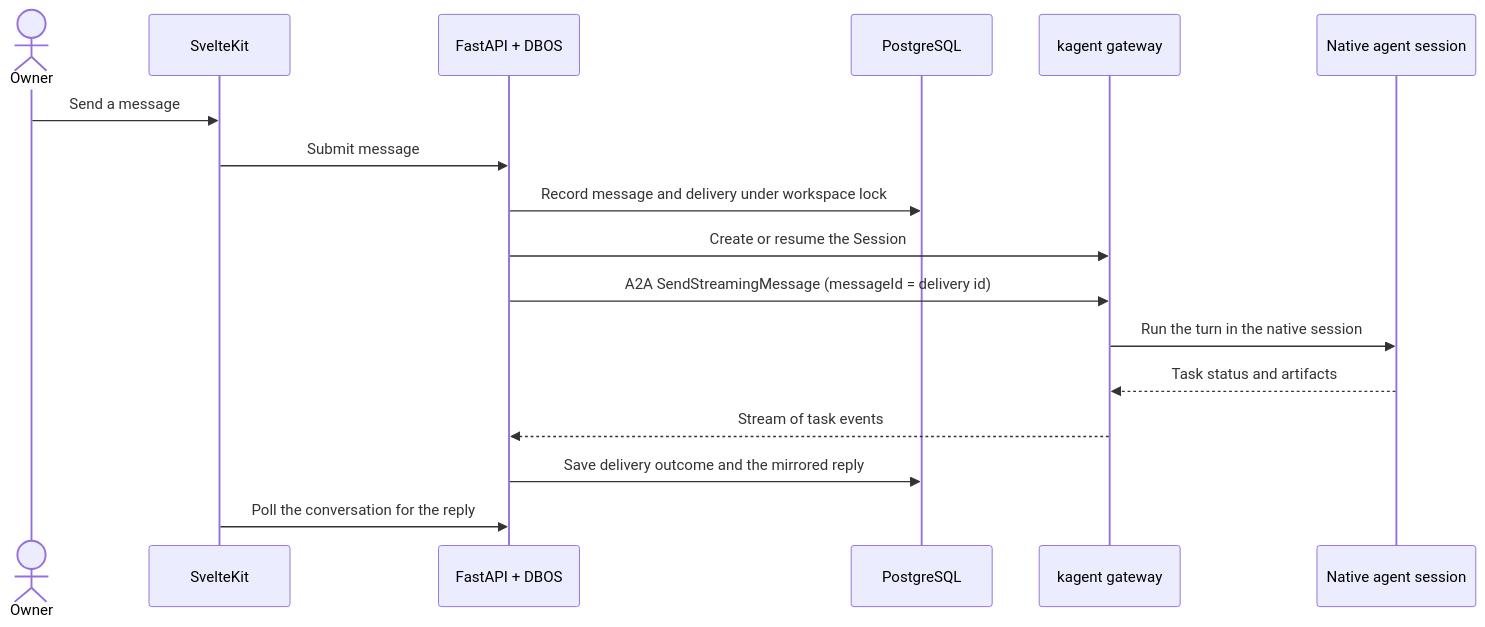
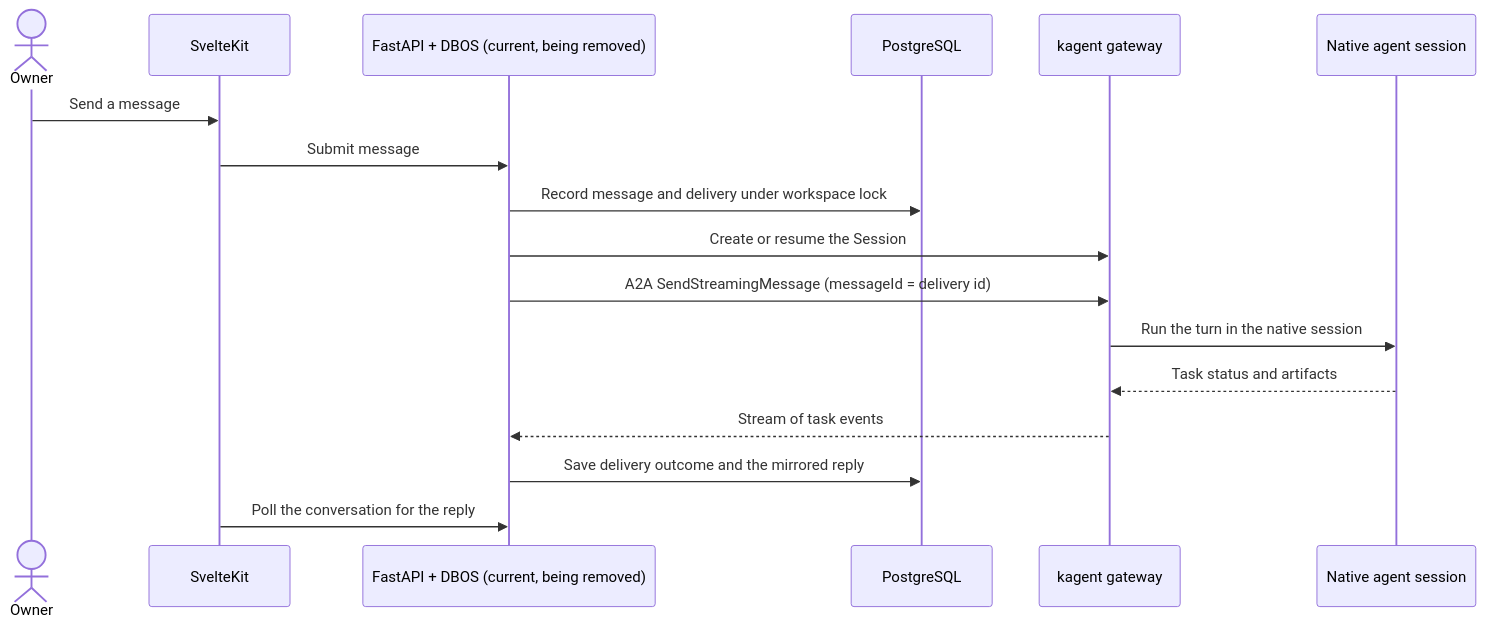
The third of 4 diagrams in docs/architecture.md (oldsj/mainloop), drawn with Mermaid before and after one commit. The commit also changed other lines of this file and 3 other files, not shown here.

````diff
--- a/docs/architecture.md
+++ b/docs/architecture.md
@@ -73,20 +73,20 @@
 ```mermaid
 sequenceDiagram
   actor Owner
   participant UI as SvelteKit
-  participant Mainloop as FastAPI + DBOS
+  participant Mainloop as FastAPI + DBOS (current, being removed)
   participant DB as PostgreSQL
   participant Kagent as kagent gateway
   participant Agent as Native agent session
 
   Owner->>UI: Send a message
   UI->>Mainloop: Submit message
   Mainloop->>DB: Record message and delivery under workspace lock
   Mainloop->>Kagent: Create or resume the Session
   Mainloop->>Kagent: A2A SendStreamingMessage (messageId = delivery id)
   Kagent->>Agent: Run the turn in the native session
   Agent-->>Kagent: Task status and artifacts
   Kagent-->>Mainloop: Stream of task events
   Mainloop->>DB: Save delivery outcome and the mirrored reply
   UI->>Mainloop: Poll the conversation for the reply
 ```
````
